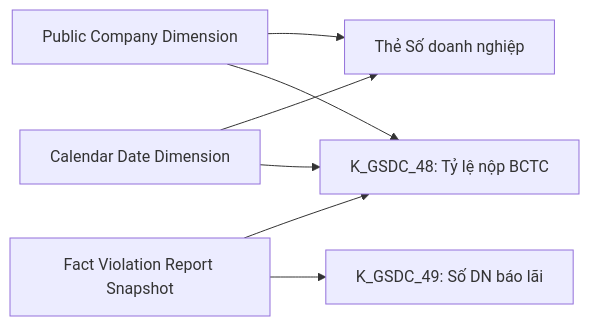
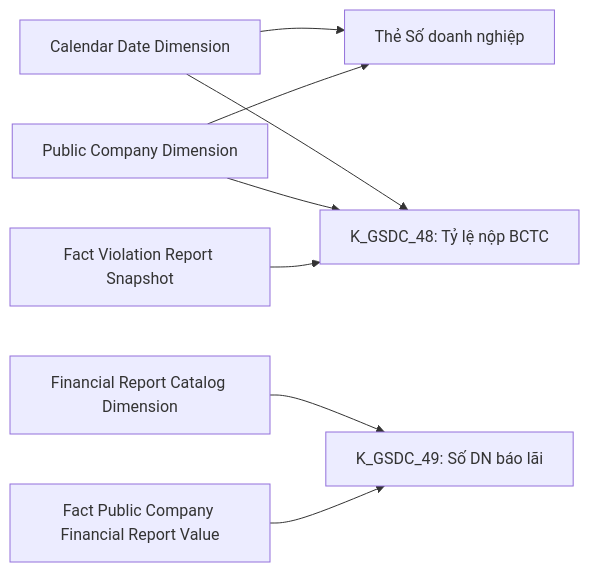
Diagram 24 of 55 in Datamart/hld/DTM_GSDC_HLD.md (linhlvit/ubck_atomic_design), drawn with Mermaid before and after one commit. The commit also changed other lines of this file and 16 other files, not shown here.

````diff
--- a/Datamart/hld/DTM_GSDC_HLD.md
+++ b/Datamart/hld/DTM_GSDC_HLD.md
@@ -1037,9 +1032,10 @@
 ```mermaid
 flowchart LR
     public_company_dim["Public Company Dimension"] --> R1["Thẻ Số doanh nghiệp"]
     cdr_dt_dim["Calendar Date Dimension"] --> R1
     fct_violation_rpt_snpst_g6["Fact Violation Report Snapshot"] --> R1b["K_GSDC_48: Tỷ lệ nộp BCTC"]
     public_company_dim --> R1b
     cdr_dt_dim --> R1b
-    fct_violation_rpt_snpst_g6 --> R1c["K_GSDC_49: Số DN báo lãi"]
+    fct_public_company_financial_rpt_val_g6["Fact Public Company Financial Report Value"] --> R1c["K_GSDC_49: Số DN báo lãi"]
+    financial_rpt_catalog_dim_g6["Financial Report Catalog Dimension"] --> R1c
 ```
````
